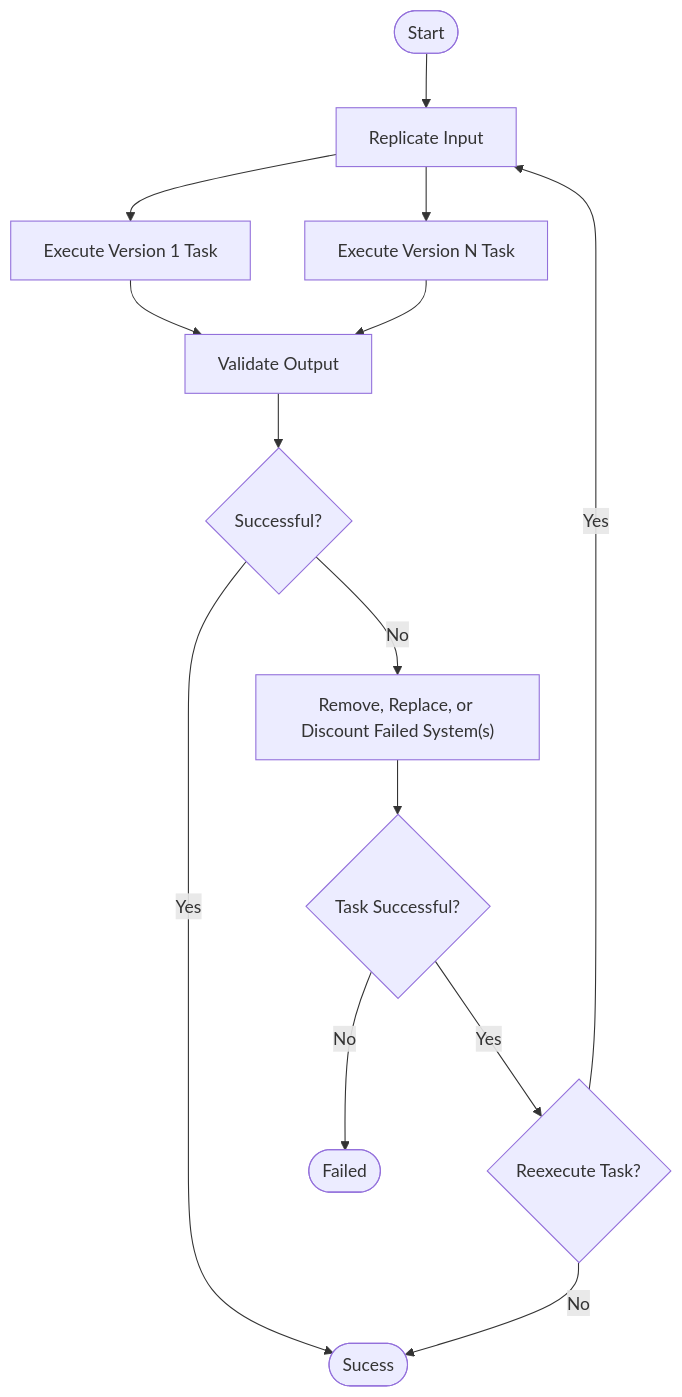
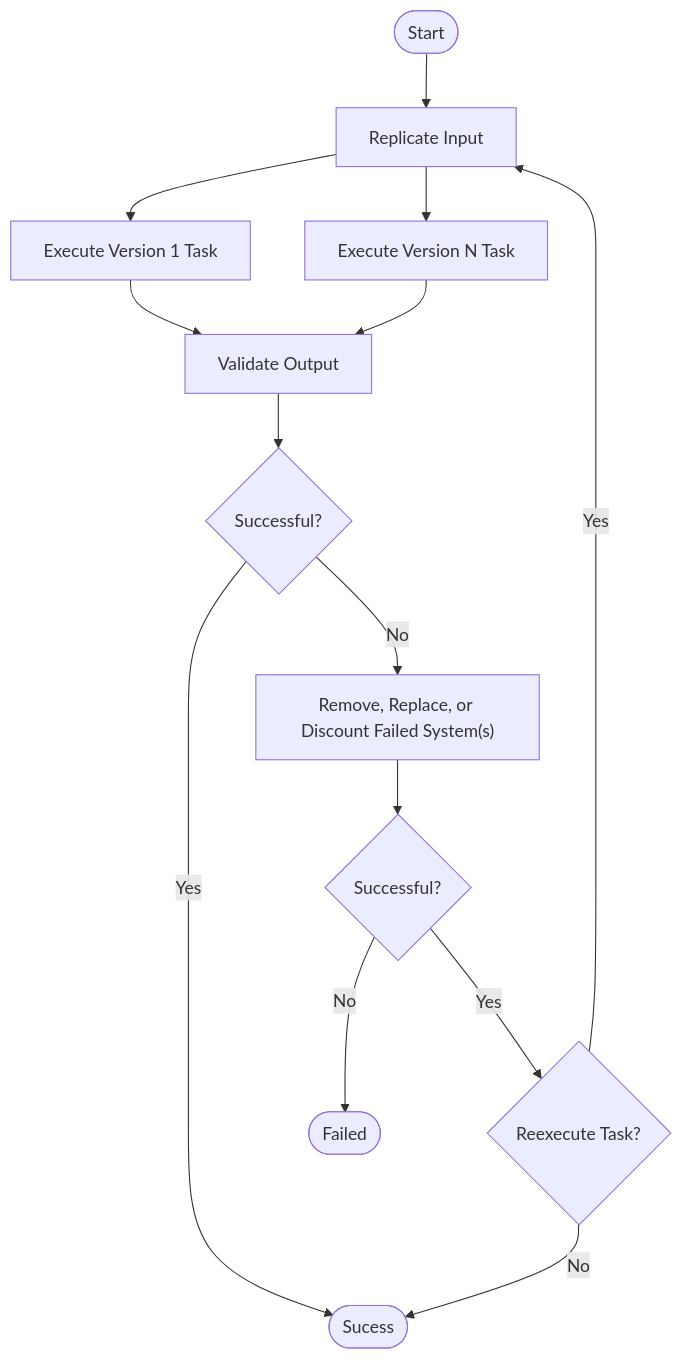
Before and after one commit to ORNL/intersect-architecture: the diagram in sos/logical/resilience/n-version_design/workflow.mmd, drawn with Mermaid.

Commit message:
Minor fix.

```diff
--- a/sos/logical/resilience/n-version_design/workflow.mmd
+++ b/sos/logical/resilience/n-version_design/workflow.mmd
@@ -1,14 +1,14 @@
 flowchart TD
     A(["Start"]) --> B["Replicate Input"]
     B --> C["Execute Version 1 Task"]
     B --> D["Execute Version N Task"]
     C --> E["Validate Output"]
     D --> E
     E --> G{"Successful?"}
     G -->|Yes| H(["Sucess"])
     G -->|No| I["Remove, Replace, or Discount Failed System(s)"]
-    I --> J{"Task Successful?"}
+    I --> J{"Successful?"}
     J -->|Yes| K{"Reexecute Task?"}
     J -->|No| F(["Failed"])
     K -->|Yes| B
     K -->|No| H
```
